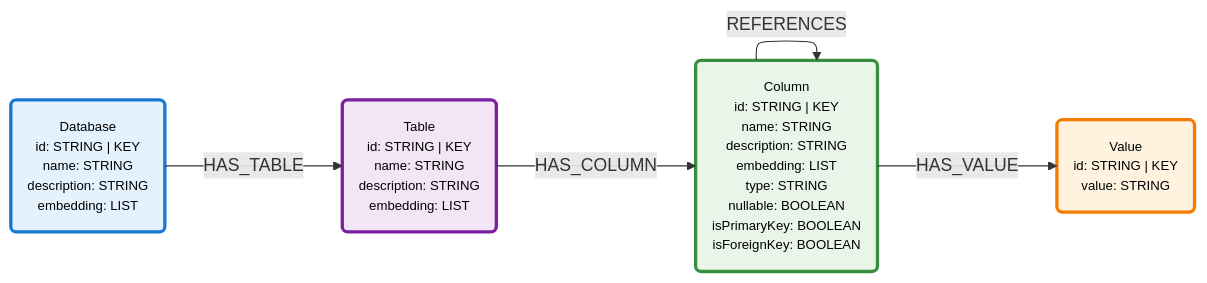
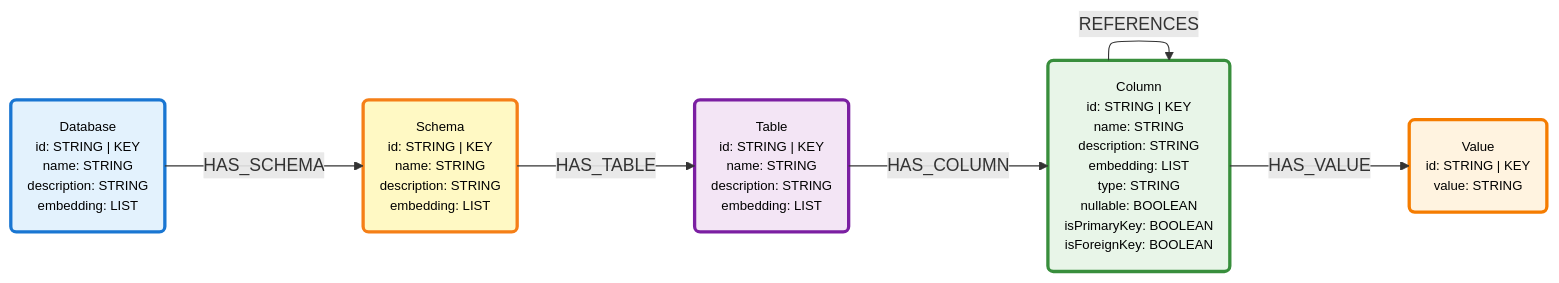
Before and after one commit to neo4j-field/neocarta: the first of 5 diagrams in README.md, drawn with Mermaid. The commit also changed 15 other files, not shown here.

First line of the commit message:
add Schema node (#19)

````diff
--- a/README.md
+++ b/README.md
@@ -61,33 +61,37 @@
 ```mermaid
 ---
 config:
     layout: elk
 ---
-
 graph LR
 %% Nodes
 Database("Database<br/>id: STRING | KEY<br/>name: STRING<br/>description: STRING<br/>embedding: LIST")
+Schema("Schema<br/>id: STRING | KEY<br/>name: STRING<br/>description: STRING<br/>embedding: LIST")
 Table("Table<br/>id: STRING | KEY<br/>name: STRING<br/>description: STRING<br/>embedding: LIST")
 Column("Column<br/>id: STRING | KEY<br/>name: STRING<br/>description: STRING<br/>embedding: LIST<br/>type: STRING<br/>nullable: BOOLEAN<br/>isPrimaryKey: BOOLEAN<br/>isForeignKey: BOOLEAN")
 Value("Value<br/>id: STRING | KEY<br/>value: STRING")
 
 %% Relationships
-Database -->|HAS_TABLE| Table
+Database -->|HAS_SCHEMA| Schema
+Schema -->|HAS_TABLE| Table
 Table -->|HAS_COLUMN| Column
 Column -->|REFERENCES| Column
 Column -->|HAS_VALUE| Value
 
 
-%% Styling 
+%% Styling
 classDef node_0_color fill:#e3f2fd,stroke:#1976d2,stroke-width:3px,color:#000,font-size:12px
 class Database node_0_color
 
-classDef node_1_color fill:#f3e5f5,stroke:#7b1fa2,stroke-width:3px,color:#000,font-size:12px
-class Table node_1_color
+classDef node_1_color fill:#fff9c4,stroke:#f57f17,stroke-width:3px,color:#000,font-size:12px
+class Schema node_1_color
 
-classDef node_2_color fill:#e8f5e8,stroke:#388e3c,stroke-width:3px,color:#000,font-size:12px
-class Column node_2_color
+classDef node_2_color fill:#f3e5f5,stroke:#7b1fa2,stroke-width:3px,color:#000,font-size:12px
+class Table node_2_color
 
-classDef node_3_color fill:#fff3e0,stroke:#f57c00,stroke-width:3px,color:#000,font-size:12px
-class Value node_3_color
+classDef node_3_color fill:#e8f5e8,stroke:#388e3c,stroke-width:3px,color:#000,font-size:12px
+class Column node_3_color
+
+classDef node_4_color fill:#fff3e0,stroke:#f57c00,stroke-width:3px,color:#000,font-size:12px
+class Value node_4_color
 ```
````
